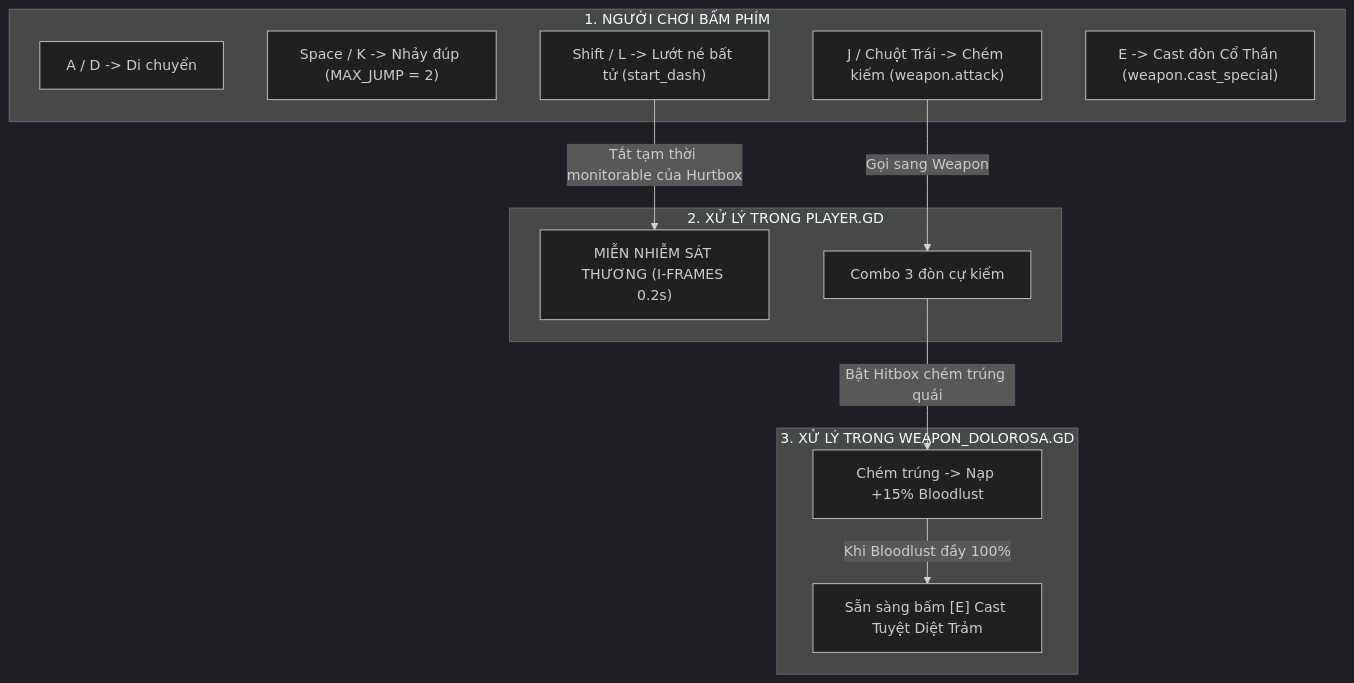
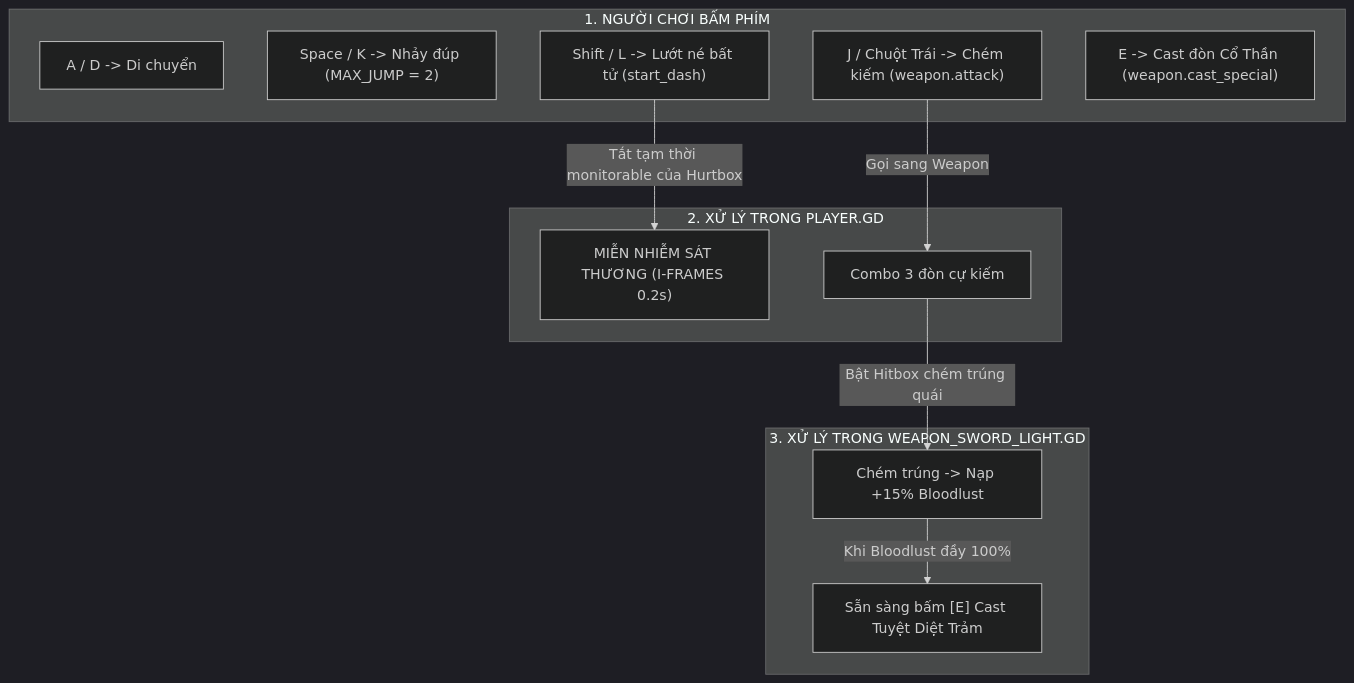
Before and after one commit to FPTU-Felix/GODSHACKLE: the diagram in SO_TAY_GIAI_MA_CODE.md, drawn with Mermaid (dark theme). The commit also changed other lines of this file and 11 other files, not shown here.

````diff
--- a/SO_TAY_GIAI_MA_CODE.md
+++ b/SO_TAY_GIAI_MA_CODE.md
@@ -29,20 +29,20 @@
 ```mermaid
 flowchart TD
     subgraph INPUT["1. NGƯỜI CHƠI BẤM PHÍM"]
         I1["A / D -> Di chuyển"]
         I2["Space / K -> Nhảy đúp (MAX_JUMP = 2)"]
         I3["Shift / L -> Lướt né bất tử (start_dash)"]
         I4["J / Chuột Trái -> Chém kiếm (weapon.attack)"]
         I5["E -> Cast đòn Cổ Thần (weapon.cast_special)"]
     end
 
     subgraph PLAYER_LOGIC["2. XỬ LÝ TRONG PLAYER.GD"]
         I3 -->|"Tắt tạm thời monitorable của Hurtbox"| P1["MIỄN NHIỄM SÁT THƯƠNG (I-FRAMES 0.2s)"]
         I4 -->|"Gọi sang Weapon"| W1["Combo 3 đòn cự kiếm"]
     end
 
-    subgraph WEAPON_LOGIC["3. XỬ LÝ TRONG WEAPON_DOLOROSA.GD"]
+    subgraph WEAPON_LOGIC["3. XỬ LÝ TRONG WEAPON_SWORD_LIGHT.GD"]
         W1 -->|"Bật Hitbox chém trúng quái"| H1["Chém trúng -> Nạp +15% Bloodlust"]
         H1 -->|"Khi Bloodlust đầy 100%"| E1["Sẵn sàng bấm [E] Cast Tuyệt Diệt Trảm"]
     end
 ```
````
